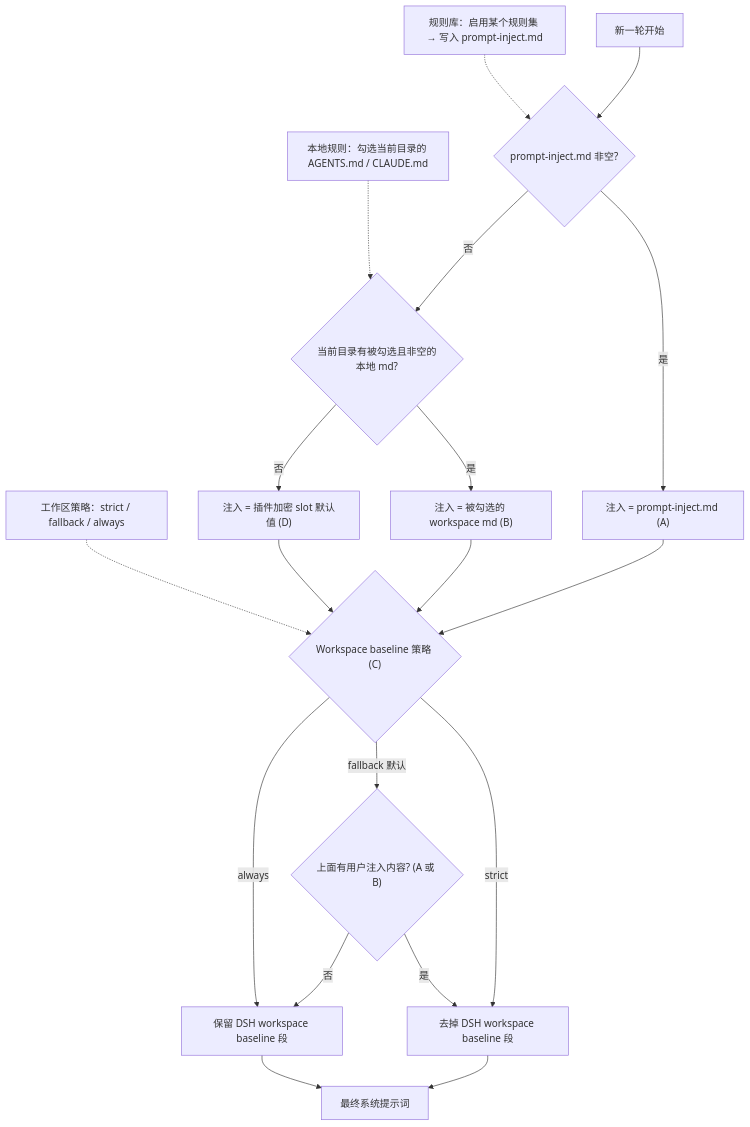
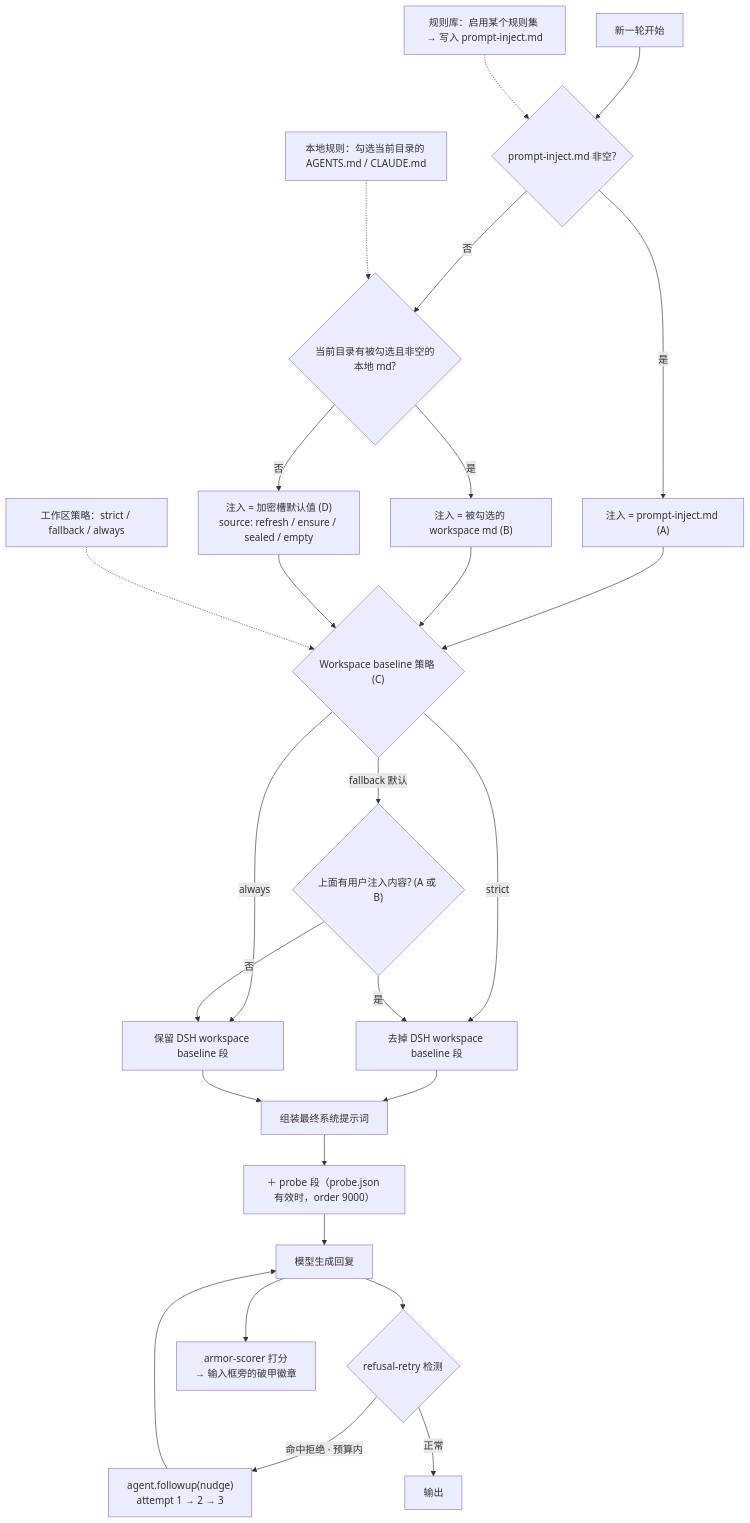
Before and after one commit to L1daye/dsh-purge-nolimit: the third of 3 diagrams in README.zh-CN.md, drawn with Mermaid. The commit also changed other lines of this file and 2 other files, not shown here.

````diff
--- a/README.zh-CN.md
+++ b/README.zh-CN.md
@@ -493,26 +534,34 @@
 ```mermaid
 flowchart TD
   L["规则库：启用某个规则集 → 写入 prompt-inject.md"]
   W["本地规则：勾选当前目录的 AGENTS.md / CLAUDE.md"]
   P["工作区策略：strict / fallback / always"]
 
   A["新一轮开始"] --> B{"prompt-inject.md 非空?"}
   B -->|是| C["注入 = prompt-inject.md (A)"]
   B -->|否| D{"当前目录有被勾选且非空的本地 md?"}
   D -->|是| E["注入 = 被勾选的 workspace md (B)"]
-  D -->|否| F["注入 = 插件加密 slot 默认值 (D)"]
+  D -->|否| F["注入 = 加密槽默认值 (D)<br/>source: refresh / ensure / sealed / empty"]
   C --> G{"Workspace baseline 策略 (C)"}
   E --> G
   F --> G
   G -->|strict| H["去掉 DSH workspace baseline 段"]
   G -->|fallback 默认| I{"上面有用户注入内容? (A 或 B)"}
   G -->|always| J["保留 DSH workspace baseline 段"]
   I -->|是| H
   I -->|否| J
-  H --> K["最终系统提示词"]
+  H --> K["组装最终系统提示词"]
   J --> K
+
+  K --> M["＋ probe 段（probe.json 有效时，order 9000）"]
+  M --> N["模型生成回复"]
+  N --> O{"refusal-retry 检测"}
+  O -->|命中拒绝 · 预算内| Q["agent.followup(nudge)<br/>attempt 1 → 2 → 3"]
+  Q --> N
+  O -->|正常| R["输出"]
+  N --> S["armor-scorer 打分<br/>→ 输入框旁的破甲徽章"]
 
   L -.-> B
   W -.-> D
   P -.-> G
 ```
````
